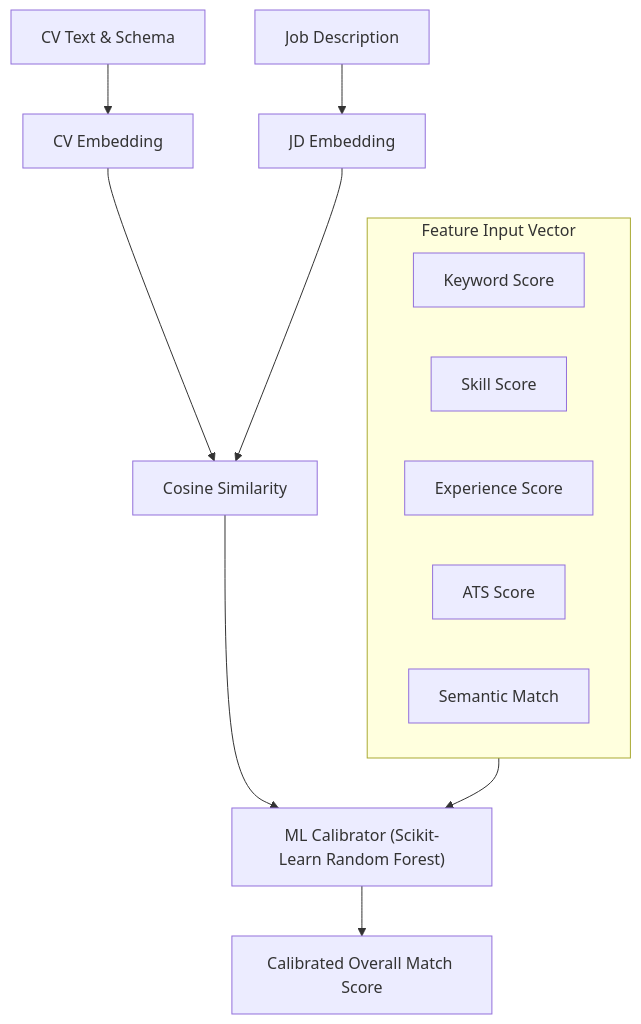
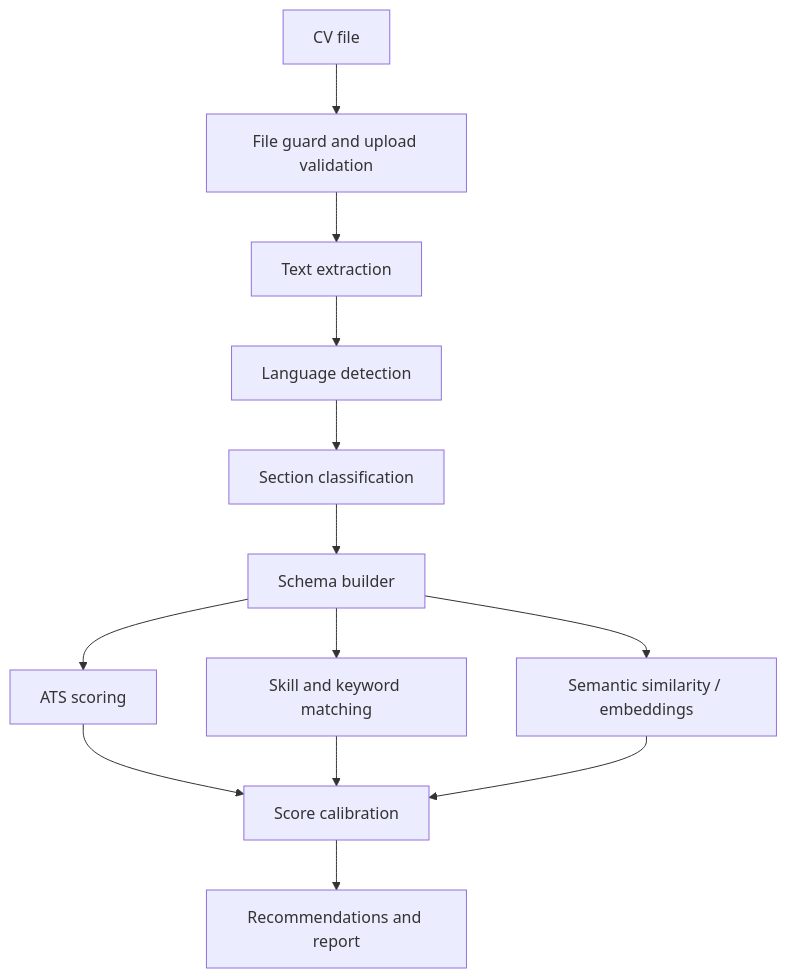
One commit to SercanOzkan55/CV-Analyzer changed the diagram in README.md. Above: the diagram before and after it, drawn with Mermaid. The commit also changed other lines of this file, not shown here.

````diff
--- a/README.md
+++ b/README.md
@@ -144,21 +368,15 @@
 ```mermaid
 flowchart TD
-  cv["CV Text & Schema"] --> cv_emb["CV Embedding"]
-  jd["Job Description"] --> jd_emb["JD Embedding"]
-  
-  cv_emb --> cos["Cosine Similarity"]
-  jd_emb --> cos
-  
-  cos --> blend["ML Calibrator (Scikit-Learn Random Forest)"]
-  
-  subgraph Features ["Feature Input Vector"]
-    feat1["Keyword Score"]
-    feat2["Skill Score"]
-    feat3["Experience Score"]
-    feat4["ATS Score"]
-    feat5["Semantic Match"]
-  end
-  
-  Features --> blend
-  blend --> calibrated["Calibrated Overall Match Score"]
+  A["CV file"] --> B["File guard and upload validation"]
+  B --> C["Text extraction"]
+  C --> D["Language detection"]
+  D --> E["Section classification"]
+  E --> F["Schema builder"]
+  F --> G["ATS scoring"]
+  F --> H["Skill and keyword matching"]
+  F --> I["Semantic similarity / embeddings"]
+  G --> J["Score calibration"]
+  H --> J
+  I --> J
+  J --> K["Recommendations and report"]
 ```
````
